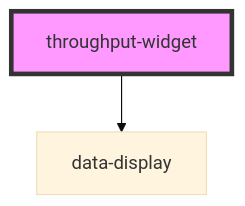
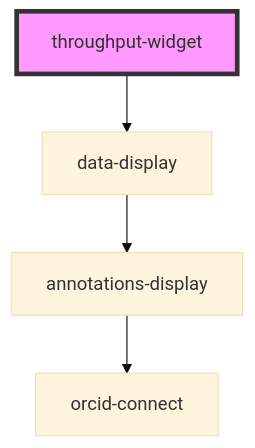
One commit to throughput-ec/widget changed the diagram in src/components/throughput-widget/readme.md. Above: the diagram before and after it, drawn with Mermaid (base theme). The commit also changed other lines of this file and 9 other files, not shown here.

````diff
--- a/src/components/throughput-widget/readme.md
+++ b/src/components/throughput-widget/readme.md
@@ -13,5 +25,7 @@
 ```mermaid
 graph TD;
   throughput-widget --> data-display
+  data-display --> annotations-display
+  annotations-display --> orcid-connect
   style throughput-widget fill:#f9f,stroke:#333,stroke-width:4px
 ```
````
